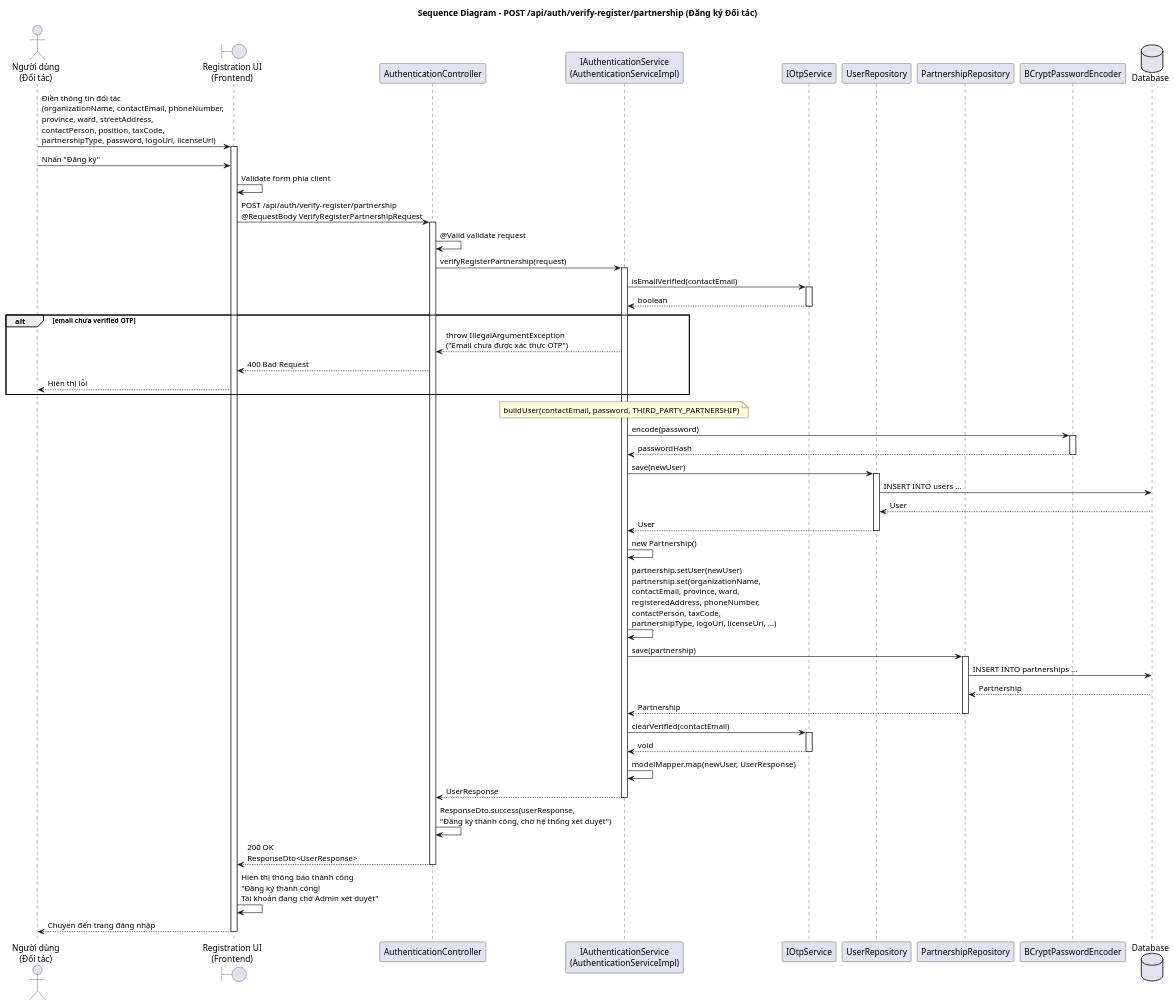
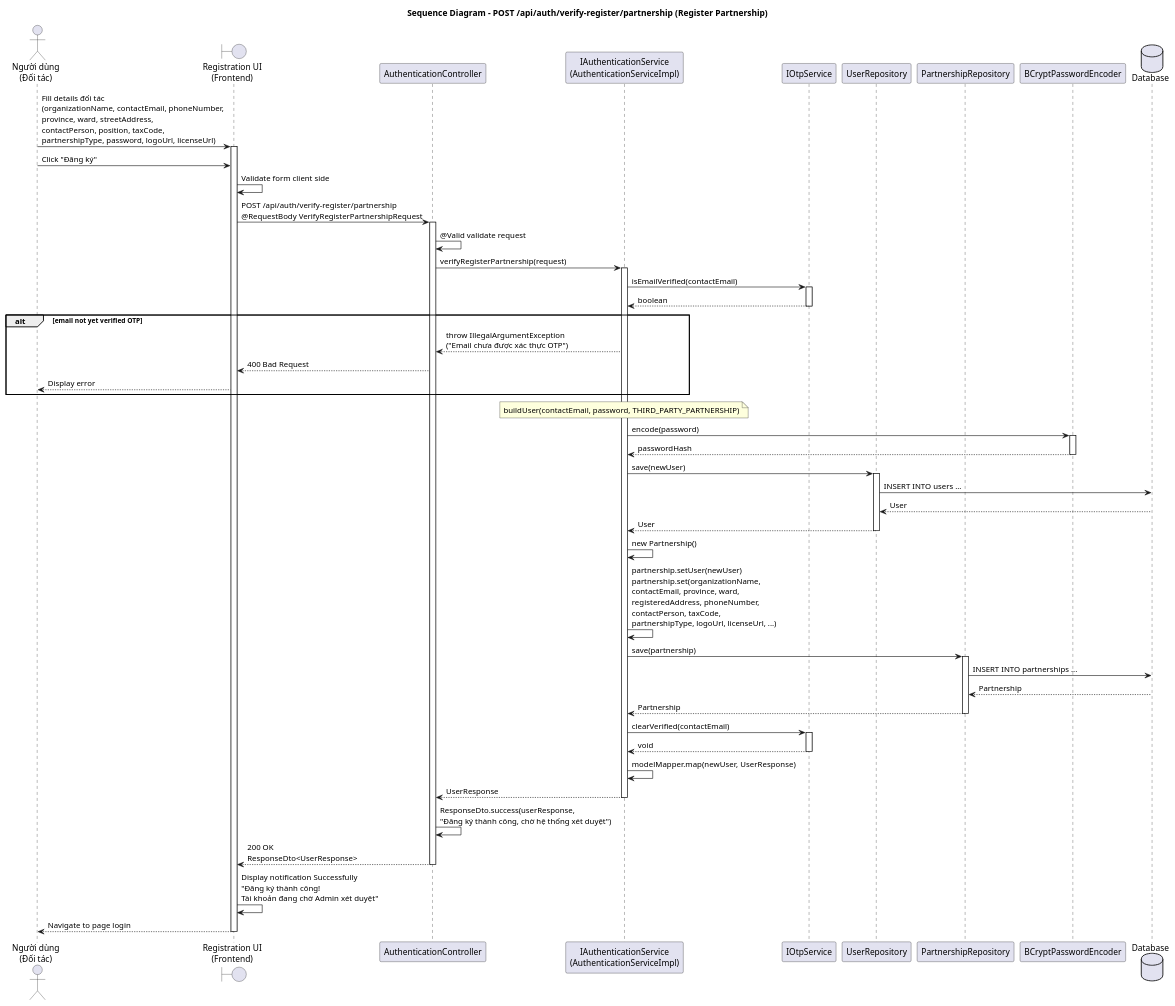
One commit to EpxrLab/EcoVerse_BE changed the diagram in src/main/resources/diagram/seq_verify_register_partnership.puml. Above: the diagram before and after it, drawn with PlantUML. The commit also changed 53 other files, not shown here.

```diff
--- a/src/main/resources/diagram/seq_verify_register_partnership.puml
+++ b/src/main/resources/diagram/seq_verify_register_partnership.puml
@@ -1,79 +1,79 @@
 @startuml seq_verify_register_partnership
-title Sequence Diagram - POST /api/auth/verify-register/partnership (Đăng ký Đối tác)
+title Sequence Diagram - POST /api/auth/verify-register/partnership (Register Partnership)
 
 actor "Người dùng\n(Đối tác)" as user
 boundary "Registration UI\n(Frontend)" as ui
 participant "AuthenticationController" as ctrl
 participant "IAuthenticationService\n(AuthenticationServiceImpl)" as svc
 participant "IOtpService" as otpSvc
 participant "UserRepository" as userRepo
 participant "PartnershipRepository" as partRepo
 participant "BCryptPasswordEncoder" as encoder
 database "Database" as db
 
-user -> ui : Điền thông tin đối tác\n(organizationName, contactEmail, phoneNumber,\nprovince, ward, streetAddress,\ncontactPerson, position, taxCode,\npartnershipType, password, logoUrl, licenseUrl)
+user -> ui : Fill details đối tác\n(organizationName, contactEmail, phoneNumber,\nprovince, ward, streetAddress,\ncontactPerson, position, taxCode,\npartnershipType, password, logoUrl, licenseUrl)
 activate ui
 
-user -> ui : Nhấn "Đăng ký"
-ui -> ui : Validate form phía client
+user -> ui : Click "Đăng ký"
+ui -> ui : Validate form client side
 
 ui -> ctrl : POST /api/auth/verify-register/partnership\n@RequestBody VerifyRegisterPartnershipRequest
 activate ctrl
 ctrl -> ctrl : @Valid validate request
 
 ctrl -> svc : verifyRegisterPartnership(request)
 activate svc
 
 svc -> otpSvc : isEmailVerified(contactEmail)
 activate otpSvc
 otpSvc --> svc : boolean
 deactivate otpSvc
 
-alt email chưa verified OTP
-    svc --> ctrl : throw IllegalArgumentException\n("Email chưa được xác thực OTP")
-    ctrl --> ui : 400 Bad Request
-    ui --> user : Hiển thị lỗi
+alt email not yet verified OTP
+ svc --> ctrl : throw IllegalArgumentException\n("Email chưa được xác thực OTP")
+ ctrl --> ui : 400 Bad Request
+ ui --> user : Display error
 end
 
 note over svc : buildUser(contactEmail, password, THIRD_PARTY_PARTNERSHIP)
 svc -> encoder : encode(password)
 activate encoder
 encoder --> svc : passwordHash
 deactivate encoder
 
 svc -> userRepo : save(newUser)
 activate userRepo
 userRepo -> db : INSERT INTO users ...
 db --> userRepo : User
 userRepo --> svc : User
 deactivate userRepo
 
 svc -> svc : new Partnership()
 svc -> svc : partnership.setUser(newUser)\npartnership.set(organizationName,\ncontactEmail, province, ward,\nregisteredAddress, phoneNumber,\ncontactPerson, taxCode,\npartnershipType, logoUrl, licenseUrl, ...)
 
 svc -> partRepo : save(partnership)
 activate partRepo
 partRepo -> db : INSERT INTO partnerships ...
 db --> partRepo : Partnership
 partRepo --> svc : Partnership
 deactivate partRepo
 
 svc -> otpSvc : clearVerified(contactEmail)
 activate otpSvc
 otpSvc --> svc : void
 deactivate otpSvc
 
 svc -> svc : modelMapper.map(newUser, UserResponse)
 
 svc --> ctrl : UserResponse
 deactivate svc
 
 ctrl -> ctrl : ResponseDto.success(userResponse,\n"Đăng ký thành công, chờ hệ thống xét duyệt")
 ctrl --> ui : 200 OK\nResponseDto<UserResponse>
 deactivate ctrl
 
-ui -> ui : Hiển thị thông báo thành công\n"Đăng ký thành công!\nTài khoản đang chờ Admin xét duyệt"
-ui --> user : Chuyển đến trang đăng nhập
+ui -> ui : Display notification Successfully\n"Đăng ký thành công!\nTài khoản đang chờ Admin xét duyệt"
+ui --> user : Navigate to page login
 deactivate ui
 
 @enduml
```
